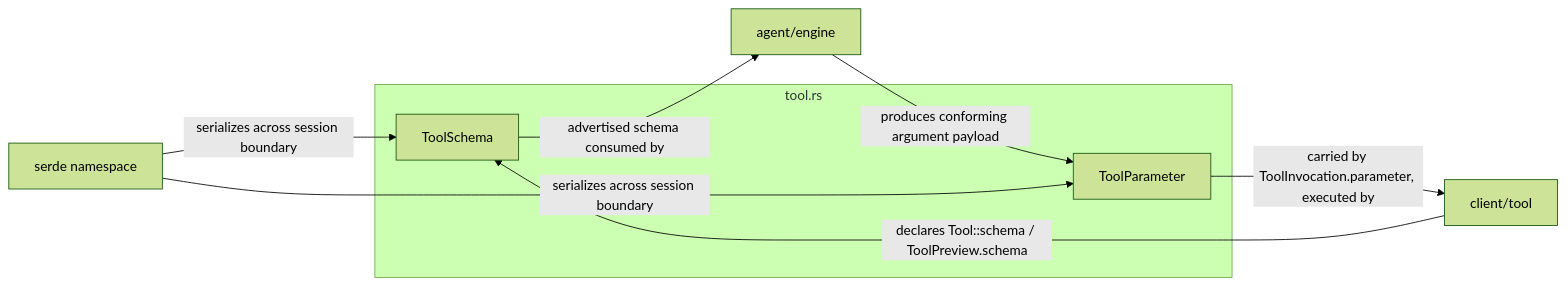
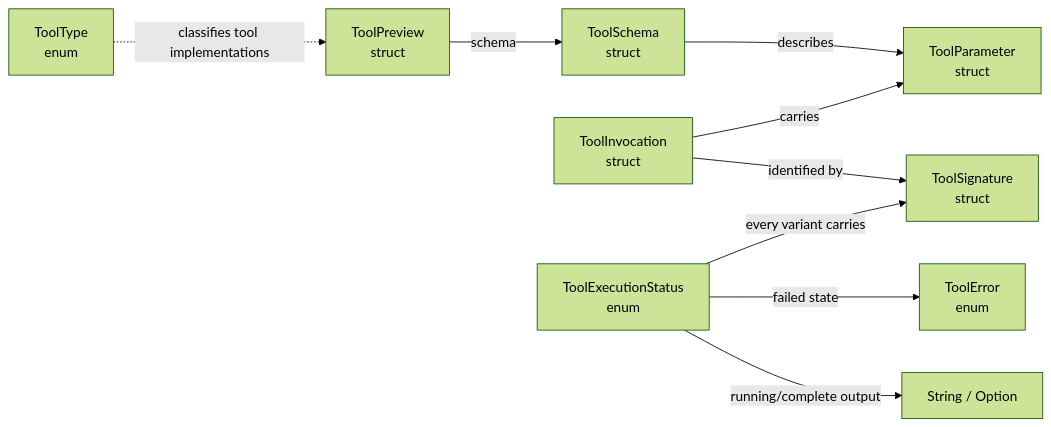
One commit to DexterDreeeam/Marix changed the diagram in src/common/protocol/.workflow.mmd. Above: the diagram before and after it, drawn with Mermaid (forest theme). The commit also changed 77 other files, not shown here.

```diff
--- a/src/common/protocol/.workflow.mmd
+++ b/src/common/protocol/.workflow.mmd
@@ -1,16 +1,17 @@
 flowchart LR
-  subgraph tool_rs["tool.rs"]
-    ToolSchema["ToolSchema"]
-    ToolParameter["ToolParameter"]
-  end
-
-  ClientToolLayer["client/tool"]
-  AgentEngine["agent/engine"]
-  Serde["serde namespace"]
-
-  ClientToolLayer -->|"declares Tool::schema / ToolPreview.schema"| ToolSchema
-  ToolSchema -->|"advertised schema consumed by"| AgentEngine
-  AgentEngine -->|"produces conforming argument payload"| ToolParameter
-  ToolParameter -->|"carried by ToolInvocation.parameter, executed by"| ClientToolLayer
-  Serde -->|"serializes across session boundary"| ToolSchema
-  Serde -->|"serializes across session boundary"| ToolParameter
+  ToolSchema["ToolSchema
+struct"] -->|"describes"| ToolParameter["ToolParameter
+struct"]
+  ToolInvocation["ToolInvocation
+struct"] -->|"carries"| ToolParameter
+  ToolInvocation -->|"identified by"| ToolSignature["ToolSignature
+struct"]
+  ToolPreview["ToolPreview
+struct"] -->|"schema"| ToolSchema
+  ToolType["ToolType
+enum"] -.->|"classifies tool implementations"| ToolPreview
+  ToolExecutionStatus["ToolExecutionStatus
+enum"] -->|"every variant carries"| ToolSignature
+  ToolExecutionStatus -->|"failed state"| ToolError["ToolError
+enum"]
+  ToolExecutionStatus -->|"running/complete output"| Output["String / Option<String>"]
```
